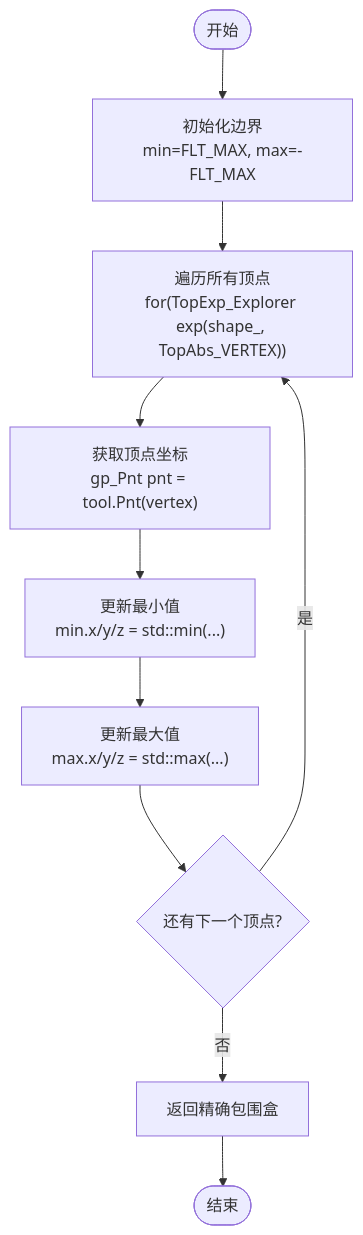
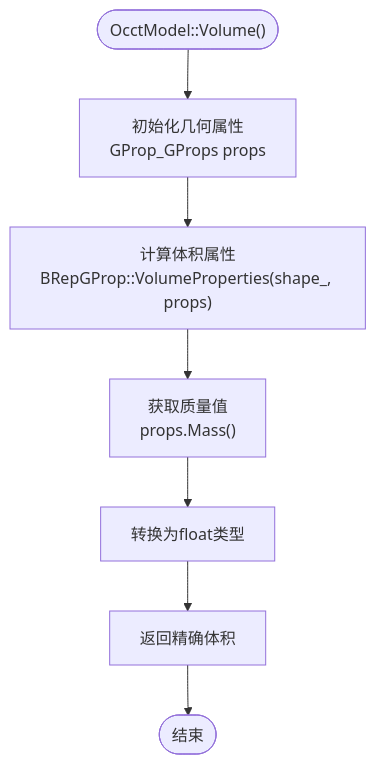
Before and after one commit to hsmbanlance/HsBaSlicer: the sixth of 10 diagrams in .qoder/repowiki/zh/content/核心模块详解/模型预处理系统.md, drawn with Mermaid. The commit also changed other lines of this file and 9 other files, not shown here.

````diff
--- a/.qoder/repowiki/zh/content/核心模块详解/模型预处理系统.md
+++ b/.qoder/repowiki/zh/content/核心模块详解/模型预处理系统.md
@@ -347,12 +364,9 @@
 ```mermaid
 flowchart TD
-Start(["开始"]) --> InitBounds["初始化边界<br/>min=FLT_MAX, max=-FLT_MAX"]
-InitBounds --> LoopVertices["遍历所有顶点<br/>for(TopExp_Explorer exp(shape_, TopAbs_VERTEX))"]
-LoopVertices --> GetPoint["获取顶点坐标<br/>gp_Pnt pnt = tool.Pnt(vertex)"]
-GetPoint --> UpdateMin["更新最小值<br/>min.x/y/z = std::min(...)"]
-UpdateMin --> UpdateMax["更新最大值<br/>max.x/y/z = std::max(...)"]
-UpdateMax --> NextVertex{"还有下一个顶点?"}
-NextVertex --> |是| LoopVertices
-NextVertex --> |否| ReturnBB["返回精确包围盒"]
-ReturnBB --> End(["结束"])
+Start(["OcctModel::Volume()"]) --> InitProps["初始化几何属性<br/>GProp_GProps props"]
+InitProps --> CalcVolume["计算体积属性<br/>BRepGProp::VolumeProperties(shape_, props)"]
+CalcVolume --> GetMass["获取质量值<br/>props.Mass()"]
+GetMass --> ConvertFloat["转换为float类型"]
+ConvertFloat --> Return["返回精确体积"]
+Return --> End(["结束"])
 ```
````
